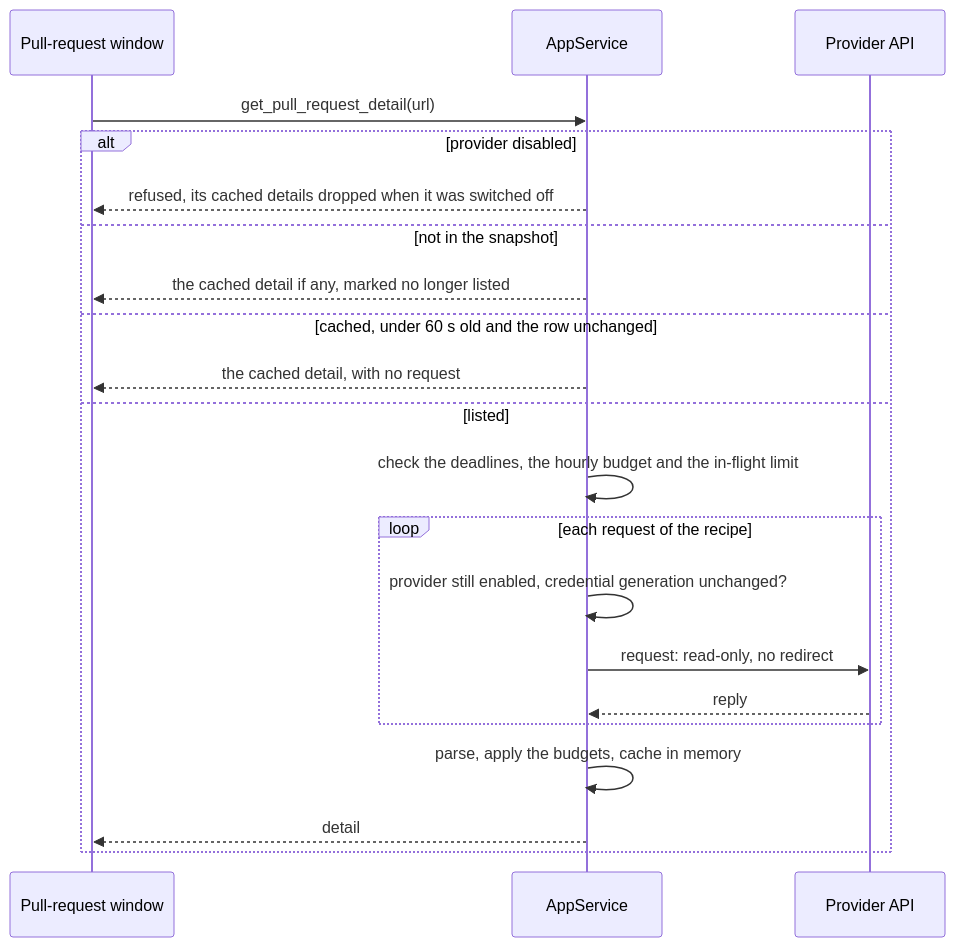
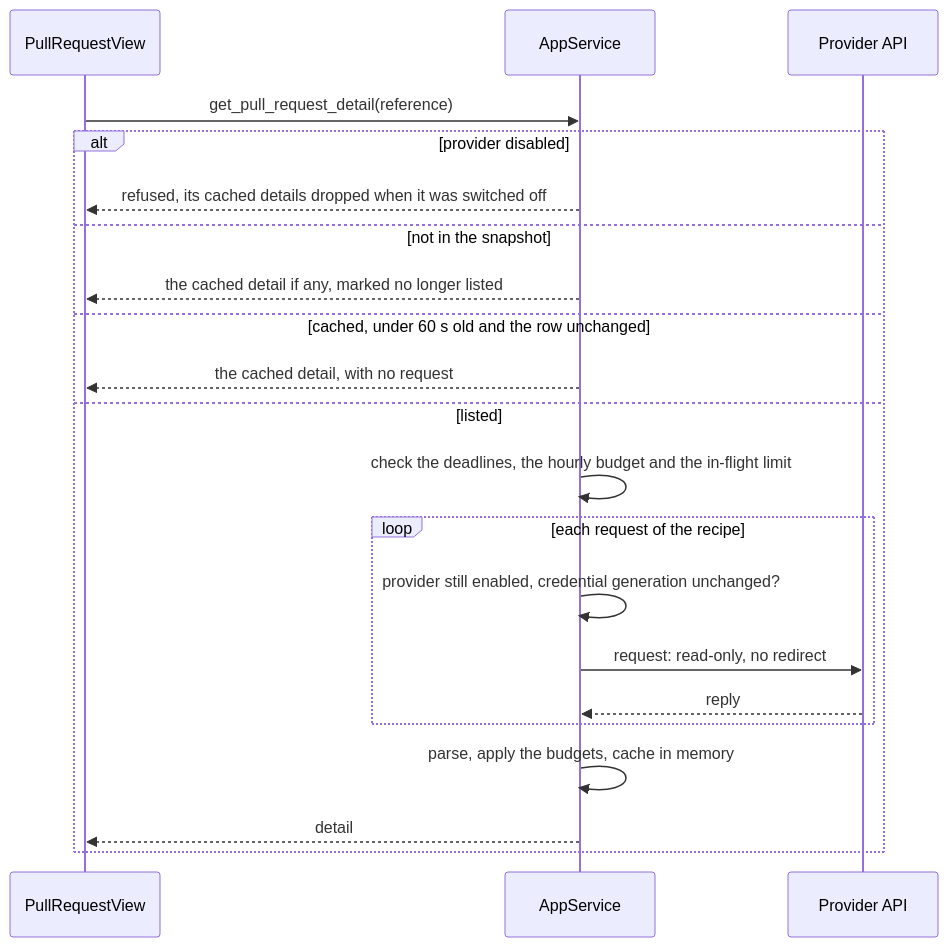
Before and after one commit to avantmedialtd/specforge: the third of 5 diagrams in openspec/changes/pull-request-viewer/design.md, drawn with Mermaid. The commit also changed other lines of this file and 3 other files, not shown here.

First line of the commit message:
docs(openspec): open a pull request the way a document opens

````diff
--- a/openspec/changes/pull-request-viewer/design.md
+++ b/openspec/changes/pull-request-viewer/design.md
@@ -131,23 +220,23 @@
 ```mermaid
 sequenceDiagram
-  participant W as Pull-request window
+  participant V as PullRequestView
   participant S as AppService
   participant P as Provider API
-  W->>S: get_pull_request_detail(url)
+  V->>S: get_pull_request_detail(reference)
   alt provider disabled
-    S-->>W: refused, its cached details dropped when it was switched off
+    S-->>V: refused, its cached details dropped when it was switched off
   else not in the snapshot
-    S-->>W: the cached detail if any, marked no longer listed
+    S-->>V: the cached detail if any, marked no longer listed
   else cached, under 60 s old and the row unchanged
-    S-->>W: the cached detail, with no request
+    S-->>V: the cached detail, with no request
   else listed
     S->>S: check the deadlines, the hourly budget and the in-flight limit
     loop each request of the recipe
       S->>S: provider still enabled, credential generation unchanged?
       S->>P: request: read-only, no redirect
       P-->>S: reply
     end
     S->>S: parse, apply the budgets, cache in memory
-    S-->>W: detail
+    S-->>V: detail
   end
 ```
````
